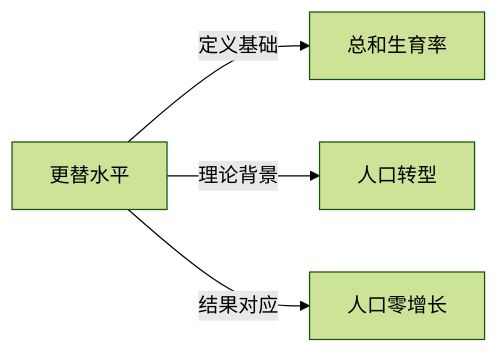
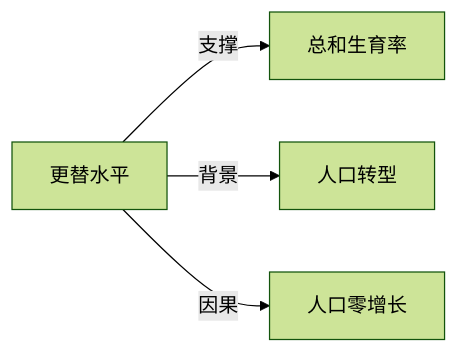
The diagram in Knowledge/Concepts/社会学/更替水平.md (KIMMCHOW/MyKnowledge), drawn with Mermaid (forest theme) before and after one commit. The commit also changed 95 other files, not shown here.

Commit message:
reorganize: 统一关系图边标签为11类

````diff
--- a/Knowledge/Concepts/社会学/更替水平.md
+++ b/Knowledge/Concepts/社会学/更替水平.md
@@ -41,6 +41,6 @@
 ```mermaid
 graph LR
-更替水平 -->|定义基础| 总和生育率
-更替水平 -->|理论背景| 人口转型
-更替水平 -->|结果对应| 人口零增长
+更替水平 -->|支撑| 总和生育率
+更替水平 -->|背景| 人口转型
+更替水平 -->|因果| 人口零增长
 ```
````
